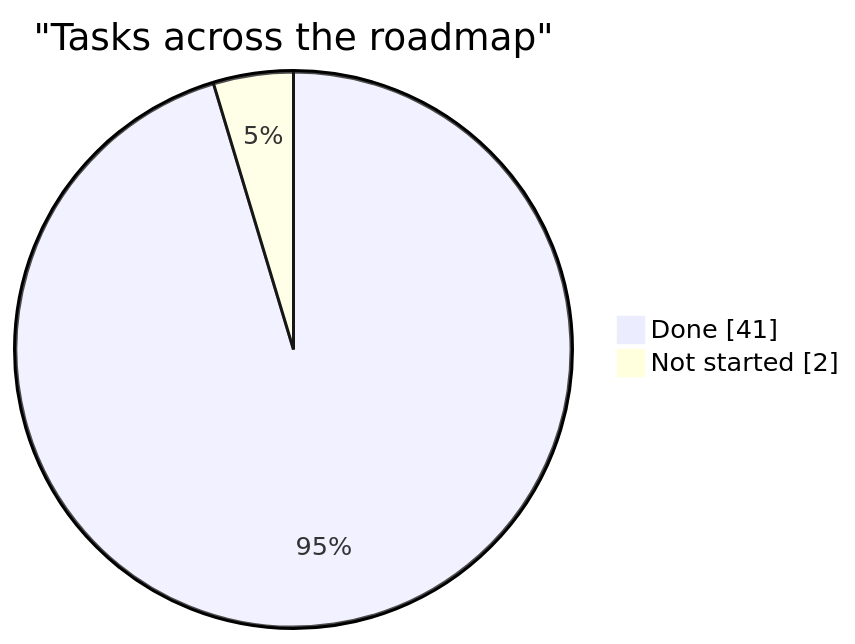
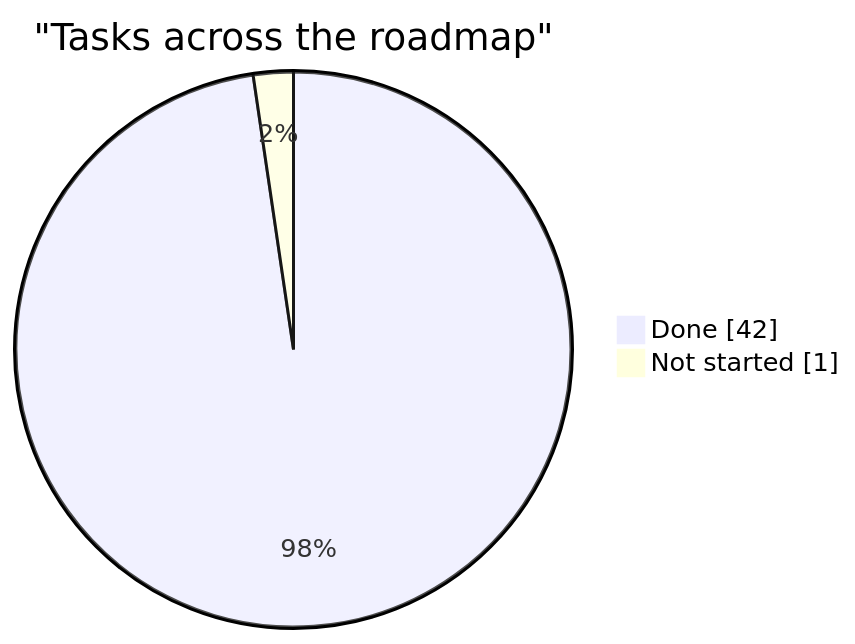
The diagram in docs/planning/status.md (AdamClemens/PyFlow), drawn with Mermaid before and after one commit. The commit also changed other lines of this file and 5 other files, not shown here.

````diff
--- a/docs/planning/status.md
+++ b/docs/planning/status.md
@@ -21,6 +21,6 @@
 ```mermaid
 pie showData
     title "Tasks across the roadmap"
-    "Done" : 41
-    "Not started" : 2
+    "Done" : 42
+    "Not started" : 1
 ```
````
